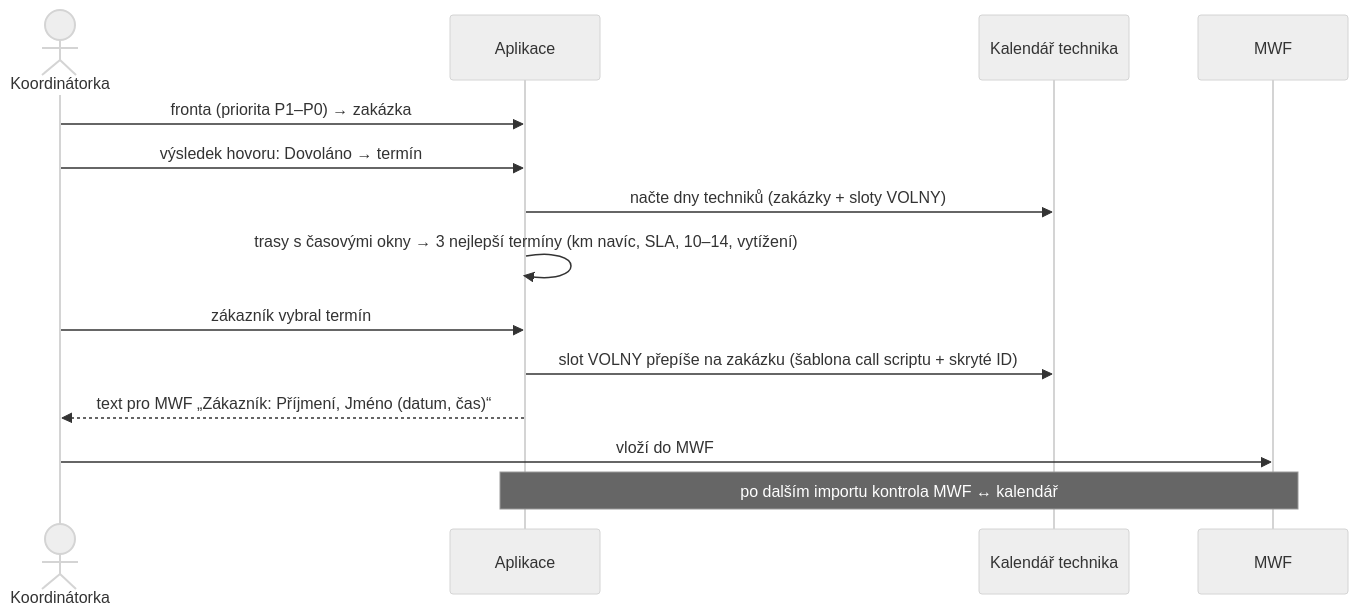
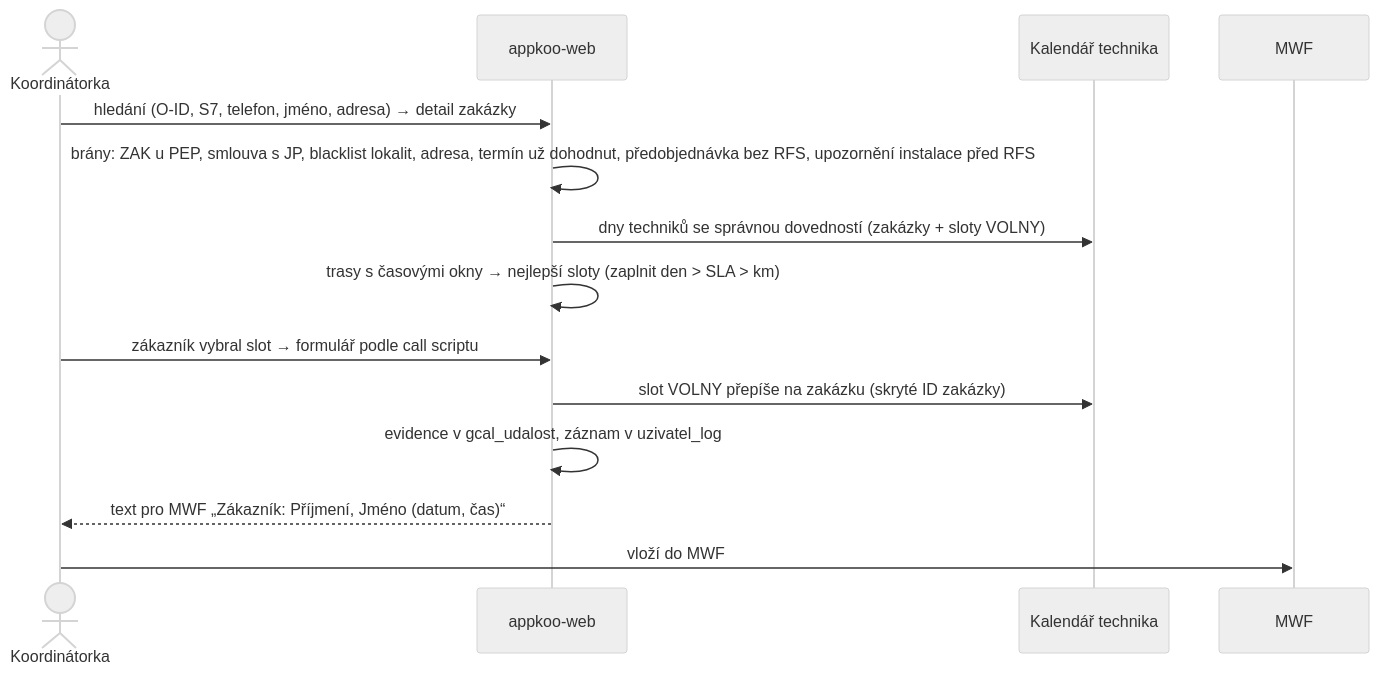
Before and after one commit to ICTMount/appkoo: the third of 4 diagrams in docs/architektura.md, drawn with Mermaid (neutral theme). The commit also changed other lines of this file and 1 other file, not shown here.

First line of the commit message:
Architektura: aktualizace podle současného kódu (web, zdroje, plánovač, role, synchronizace)

````diff
--- a/docs/architektura.md
+++ b/docs/architektura.md
@@ -92,16 +114,16 @@
 ```mermaid
 sequenceDiagram
   actor K as Koordinátorka
-  participant W as Aplikace
+  participant W as appkoo-web
   participant C as Kalendář technika
   participant M as MWF
-  K->>W: fronta (priorita P1–P0) → zakázka
-  K->>W: výsledek hovoru: Dovoláno → termín
-  W->>C: načte dny techniků (zakázky + sloty VOLNY)
-  W->>W: trasy s časovými okny → 3 nejlepší termíny (km navíc, SLA, 10–14, vytížení)
-  K->>W: zákazník vybral termín
-  W->>C: slot VOLNY přepíše na zakázku (šablona call scriptu + skryté ID)
+  K->>W: hledání (O-ID, S7, telefon, jméno, adresa) → detail zakázky
+  W->>W: brány: ZAK u PEP, smlouva s JP, blacklist lokalit, adresa, termín už dohodnut, předobjednávka bez RFS, upozornění instalace před RFS
+  W->>C: dny techniků se správnou dovedností (zakázky + sloty VOLNY)
+  W->>W: trasy s časovými okny → nejlepší sloty (zaplnit den > SLA > km)
+  K->>W: zákazník vybral slot → formulář podle call scriptu
+  W->>C: slot VOLNY přepíše na zakázku (skryté ID zakázky)
+  W->>W: evidence v gcal_udalost, záznam v uzivatel_log
   W-->>K: text pro MWF „Zákazník: Příjmení, Jméno (datum, čas)“
   K->>M: vloží do MWF
-  Note over W,M: po dalším importu kontrola MWF ↔ kalendář
 ```
````
